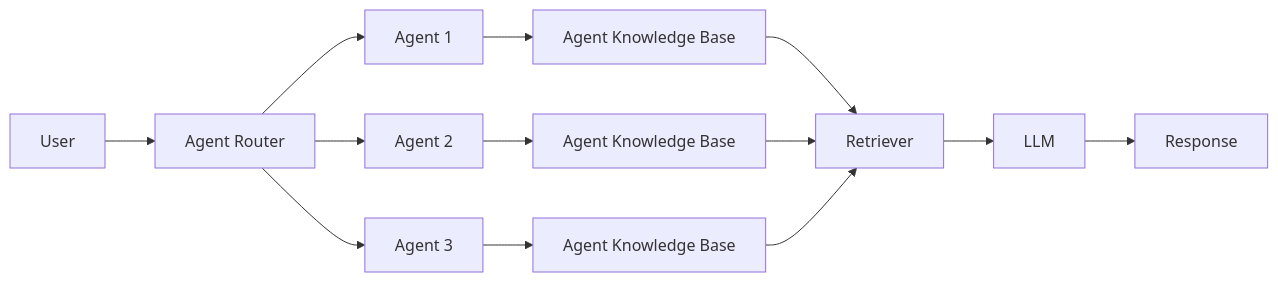
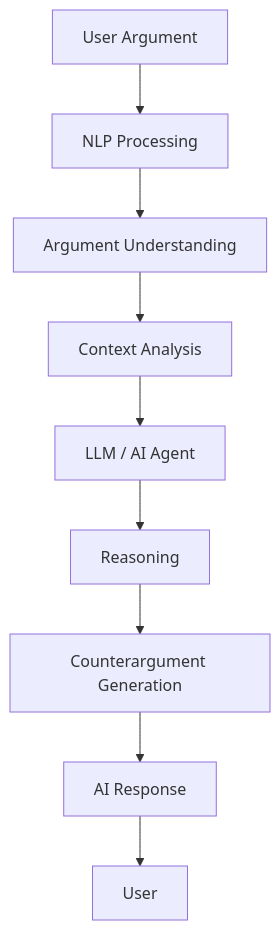
One commit to HoaiPhuoc-03/HoaiPhuoc-03 changed the third of 4 diagrams in README.md. Above: the diagram before and after it, drawn with Mermaid. The commit also changed other lines of this file, not shown here.

````diff
--- a/README.md
+++ b/README.md
@@ -298,21 +518,21 @@
 ```mermaid
-flowchart LR
+flowchart TD
 
-A[User] --> B[Agent Router]
+A[User Argument]
 
-B --> C[Agent 1]
-B --> D[Agent 2]
-B --> E[Agent 3]
+A --> B[NLP Processing]
 
-C --> F[Agent Knowledge Base]
-D --> G[Agent Knowledge Base]
-E --> H[Agent Knowledge Base]
+B --> C[Argument Understanding]
 
-F --> I[Retriever]
-G --> I
-H --> I
+C --> D[Context Analysis]
 
-I --> J[LLM]
+D --> E[LLM / AI Agent]
 
-J --> K[Response]
+E --> F[Reasoning]
+
+F --> G[Counterargument Generation]
+
+G --> H[AI Response]
+
+H --> I[User]
 ```
````
